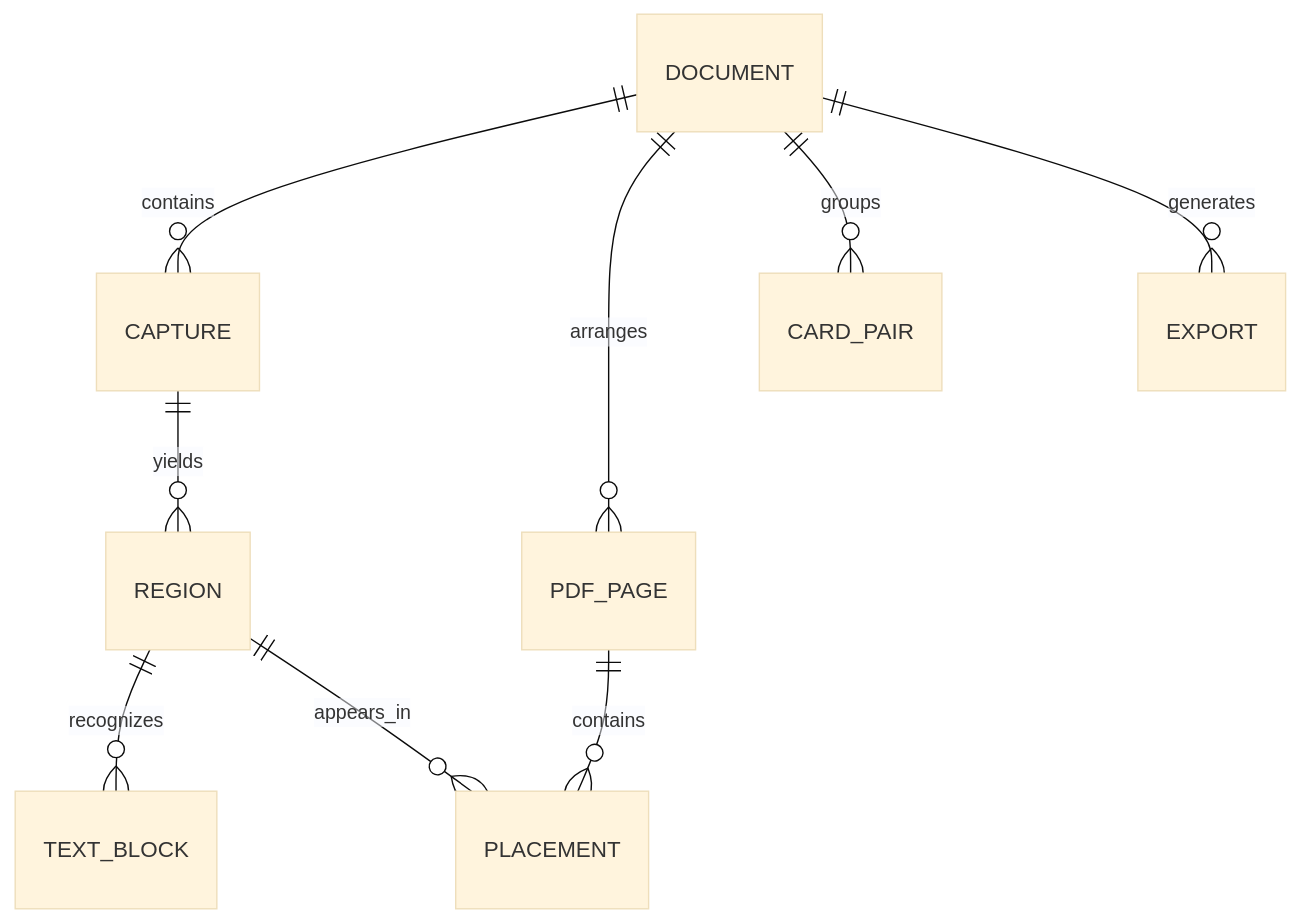
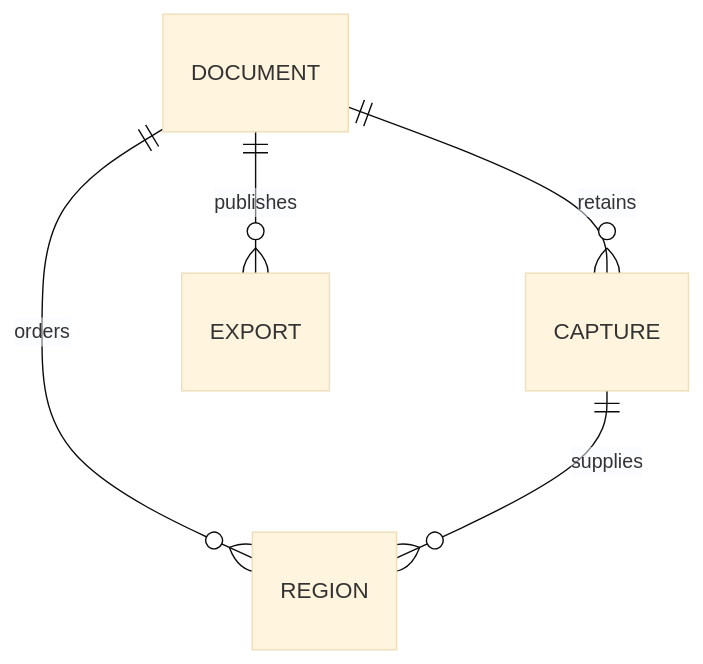
Before and after one commit to InsaneCoder789/Folio: the second of 4 diagrams in docs/Backend.md, drawn with Mermaid (base theme). The commit also changed other lines of this file and 6 other files, not shown here.

First line of the commit message:
Document Folio architecture and OCR research results

````diff
--- a/docs/Backend.md
+++ b/docs/Backend.md
@@ -125,11 +86,7 @@
 ```mermaid
 erDiagram
-    DOCUMENT ||--o{ CAPTURE : contains
-    CAPTURE ||--o{ REGION : yields
-    REGION ||--o{ TEXT_BLOCK : recognizes
-    DOCUMENT ||--o{ PDF_PAGE : arranges
-    PDF_PAGE ||--o{ PLACEMENT : contains
-    REGION ||--o{ PLACEMENT : appears_in
-    DOCUMENT ||--o{ CARD_PAIR : groups
-    DOCUMENT ||--o{ EXPORT : generates
+    DOCUMENT ||--o{ CAPTURE : retains
+    DOCUMENT ||--o{ REGION : orders
+    CAPTURE ||--o{ REGION : supplies
+    DOCUMENT ||--o{ EXPORT : publishes
 ```
````
